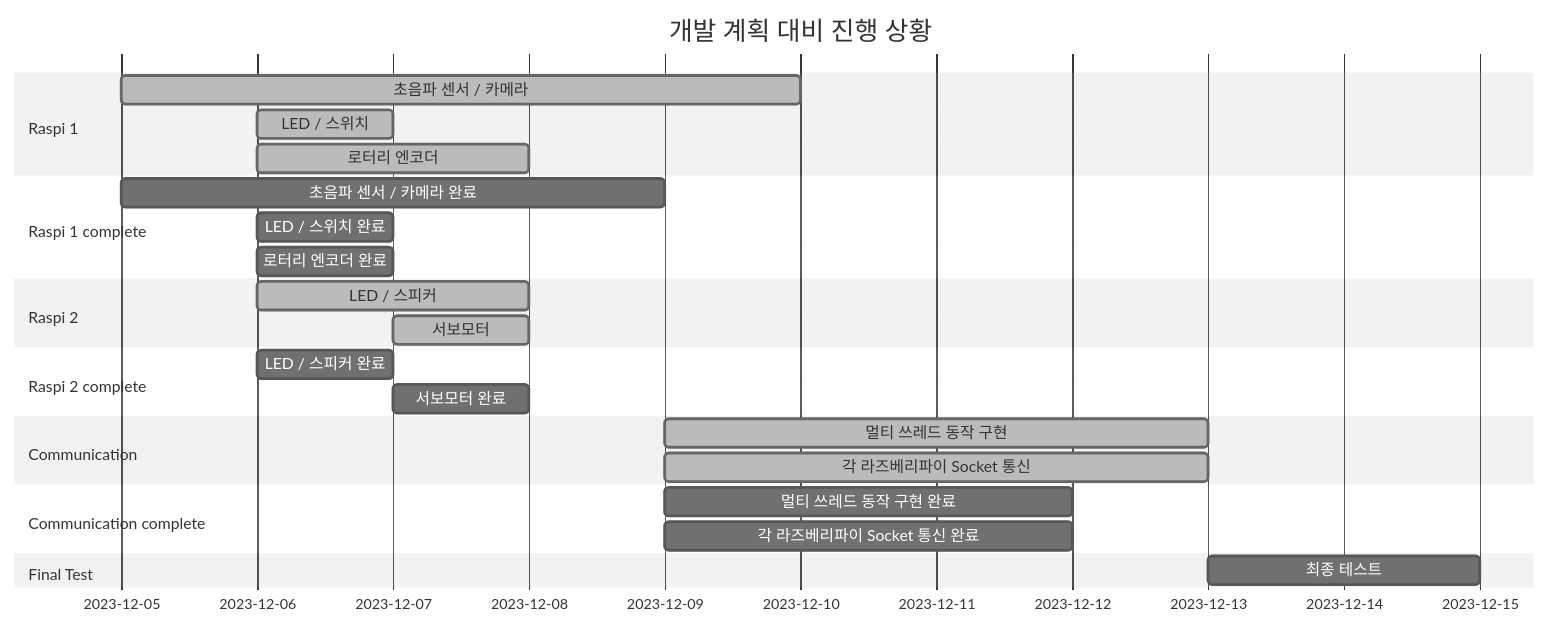
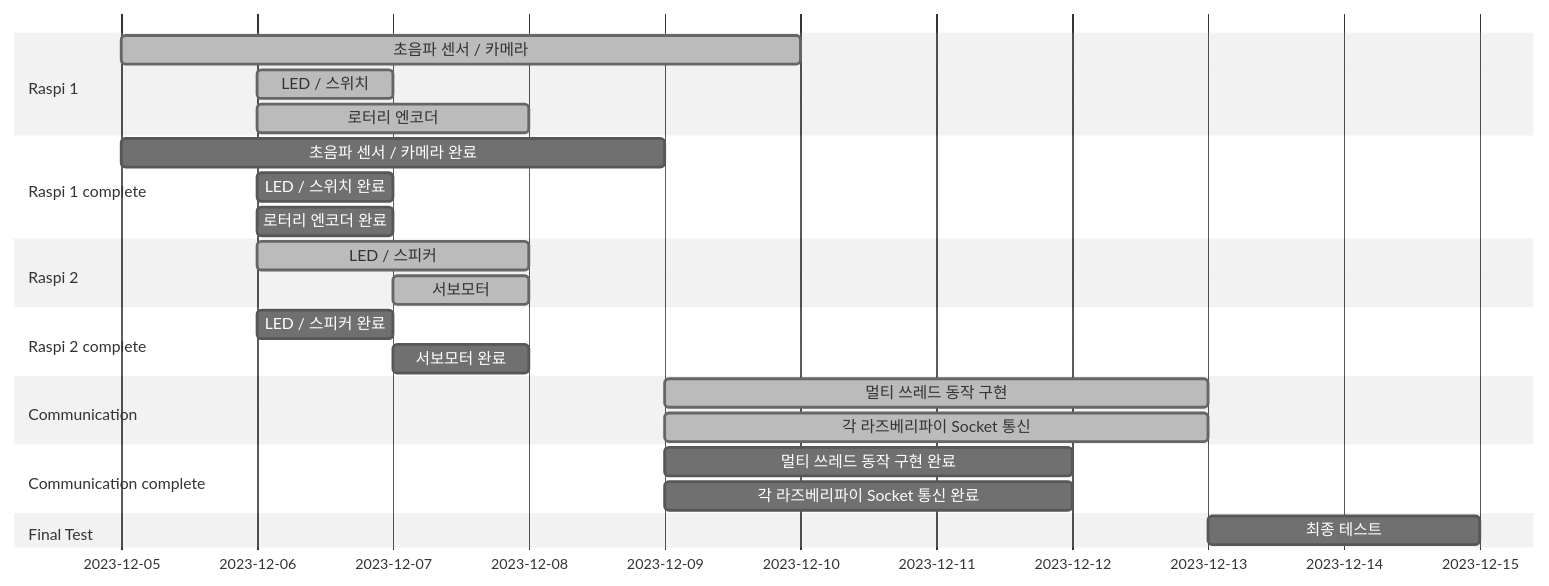
Before and after one commit to ES-TEAM-0201/Final_Project: the diagram in README.md, drawn with Mermaid (neutral theme). The commit also changed other lines of this file, not shown here.

````diff
--- a/README.md
+++ b/README.md
@@ -84,35 +88,34 @@
 ```mermaid
 gantt
-    title 개발 계획 대비 진행 상황
     dateFormat  YYYY-MM-DD
     section Raspi 1
     초음파 센서 / 카메라  : done, 2023-12-05, 5d
     LED / 스위치 : done, 2023-12-06, 1d
     로터리 엔코더 : done, 2023-12-06, 2d
 
     %% 일찍 구현된 부분 추가
     section Raspi 1 complete
     초음파 센서 / 카메라 완료  : 2023-12-05, 4d
     LED / 스위치 완료 : 2023-12-06, 1d
     로터리 엔코더 완료 : 2023-12-06, 1d
 
     section Raspi 2
     LED / 스피커 : done, 2023-12-06, 2d
     서보모터 : done, 2023-12-07, 1d
 
     %% 일찍 구현된 부분 추가
     section Raspi 2 complete
     LED / 스피커 완료 : 2023-12-06, 1d
     서보모터 완료 : 2023-12-07, 1d
 
     section Communication
     멀티 쓰레드 동작 구현 : done, 2023-12-09, 4d
     각 라즈베리파이 Socket 통신 : done, 2023-12-09, 4d
 
     section Communication complete
     멀티 쓰레드 동작 구현 완료 : 2023-12-09, 3d
     각 라즈베리파이 Socket 통신 완료 : 2023-12-09, 3d
 
     section Final Test
     최종 테스트 : 2023-12-13, 2d
 ```
````
